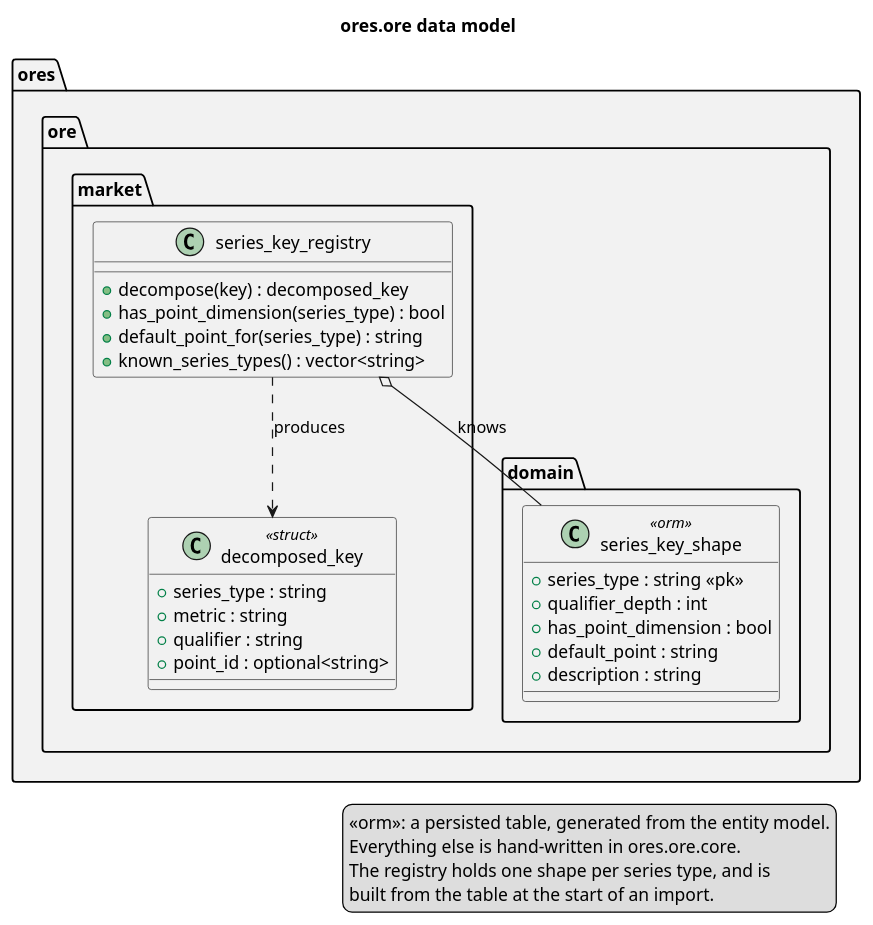
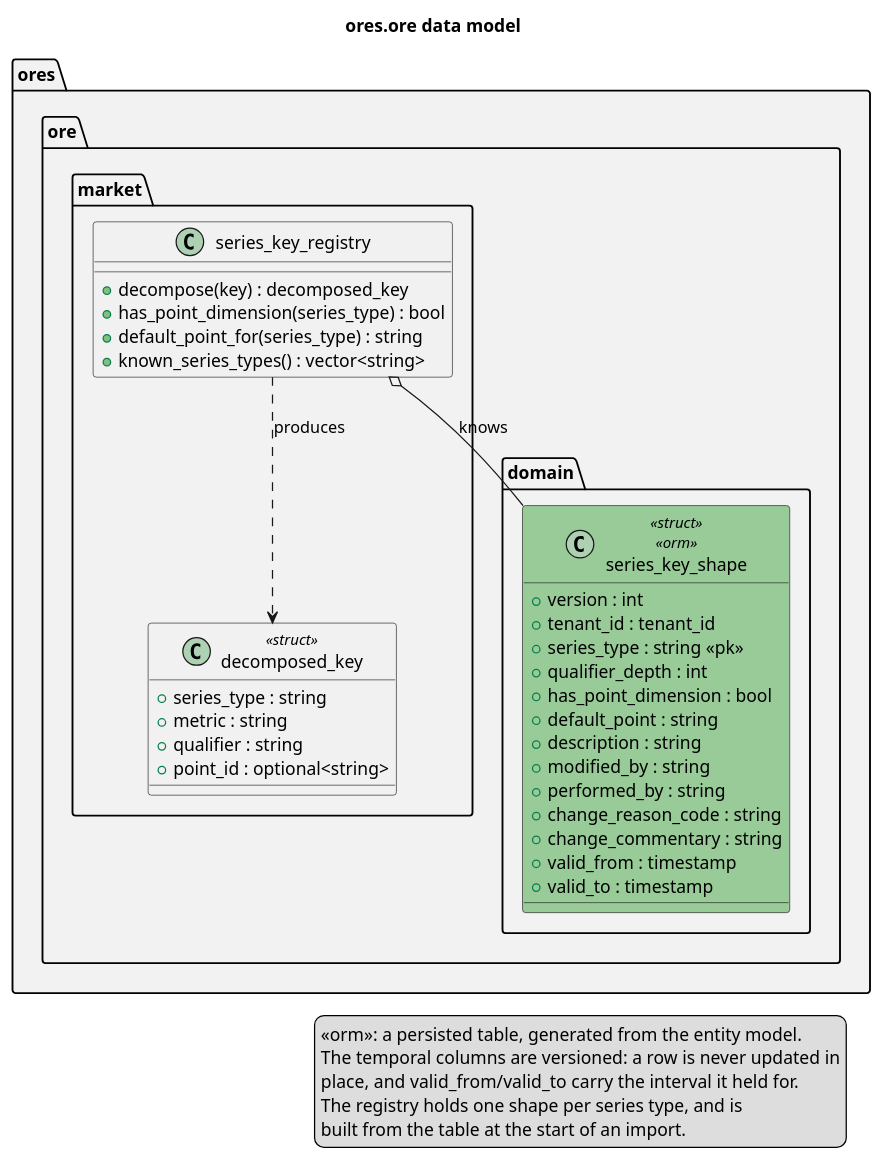
The diagram in projects/ores.ore/modeling/ores.ore.puml (OreStudio/OreStudio), drawn with PlantUML before and after one commit. The commit also changed 19 other files, not shown here.

```diff
--- a/projects/ores.ore/modeling/ores.ore.puml
+++ b/projects/ores.ore/modeling/ores.ore.puml
@@ -18,48 +18,57 @@
 @startuml
 
 title ores.ore data model
 
 set namespaceSeparator ::
 
 legend right
   <<orm>>: a persisted table, generated from the entity model.
-  Everything else is hand-written in ores.ore.core.
+  The temporal columns are versioned: a row is never updated in
+  place, and valid_from/valid_to carry the interval it held for.
   The registry holds one shape per series type, and is
   built from the table at the start of an import.
 endlegend
 
 namespace ores #F2F2F2 {
     namespace ore #F2F2F2 {
         namespace domain #F2F2F2 {
-            class series_key_shape <<orm>> {
+            class series_key_shape <<struct>> <<orm>> #99CB99 {
+                +version : int
+                +tenant_id : tenant_id
                 +series_type : string <<pk>>
                 +qualifier_depth : int
                 +has_point_dimension : bool
                 +default_point : string
                 +description : string
+                +modified_by : string
+                +performed_by : string
+                +change_reason_code : string
+                +change_commentary : string
+                +valid_from : timestamp
+                +valid_to : timestamp
             }
         }
         namespace market #F2F2F2 {
             class series_key_registry {
                 +decompose(key) : decomposed_key
                 +has_point_dimension(series_type) : bool
                 +default_point_for(series_type) : string
                 +known_series_types() : vector<string>
             }
             class decomposed_key <<struct>> {
                 +series_type : string
                 +metric : string
                 +qualifier : string
                 +point_id : optional<string>
             }
         }
     }
 }
 
 ores::ore::market::series_key_registry o-- ores::ore::domain::series_key_shape : knows
 ores::ore::market::series_key_registry ..> ores::ore::market::decomposed_key : produces
 
 ' Local Variables:
 ' compile-command: "java -Djava.awt.headless=true -DPLANTUML_SECURITY_PROFILE=UNSECURE -DPLANTUML_LIMIT_SIZE=65535 -jar /usr/share/plantuml/plantuml.jar ores.ore.puml"
 ' End:
 @enduml
```
